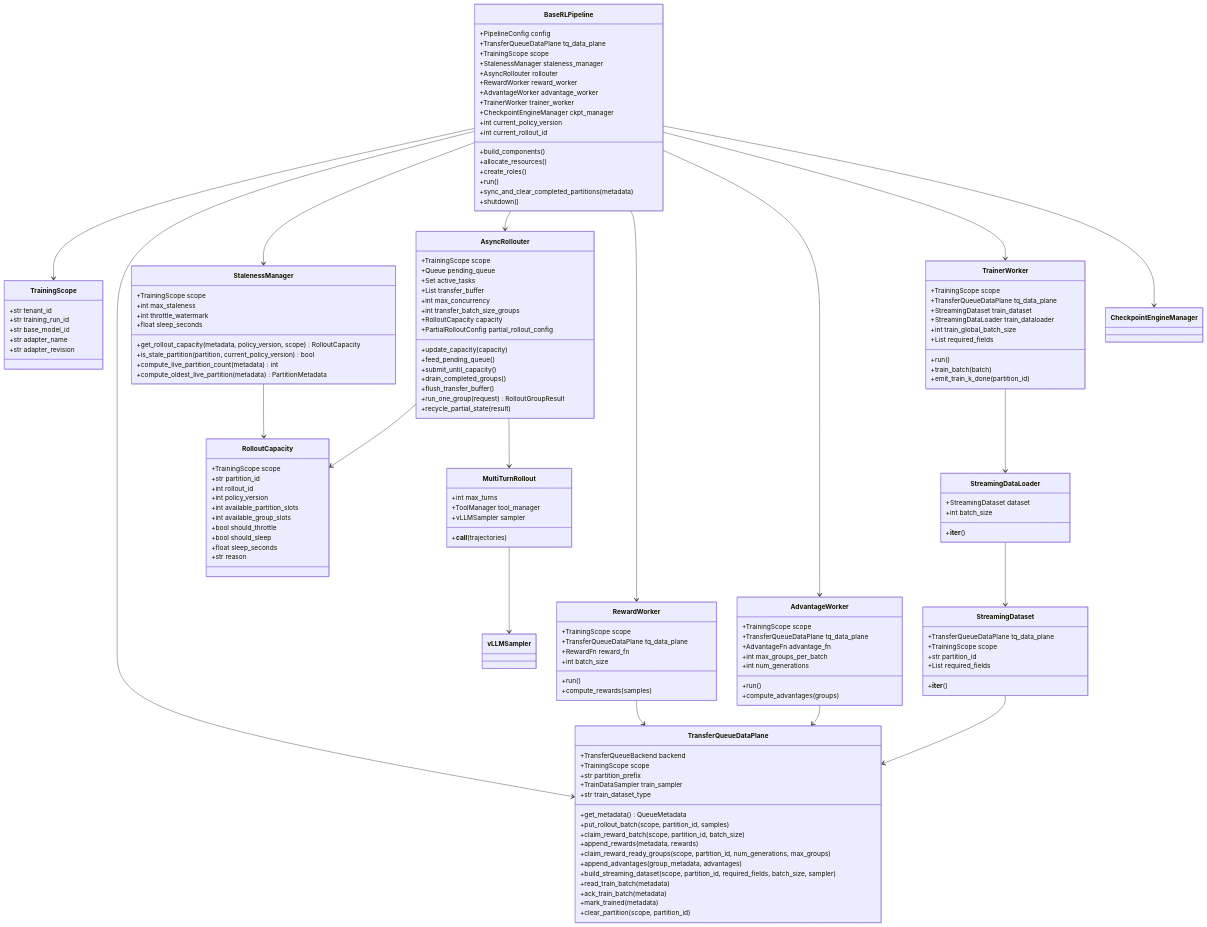
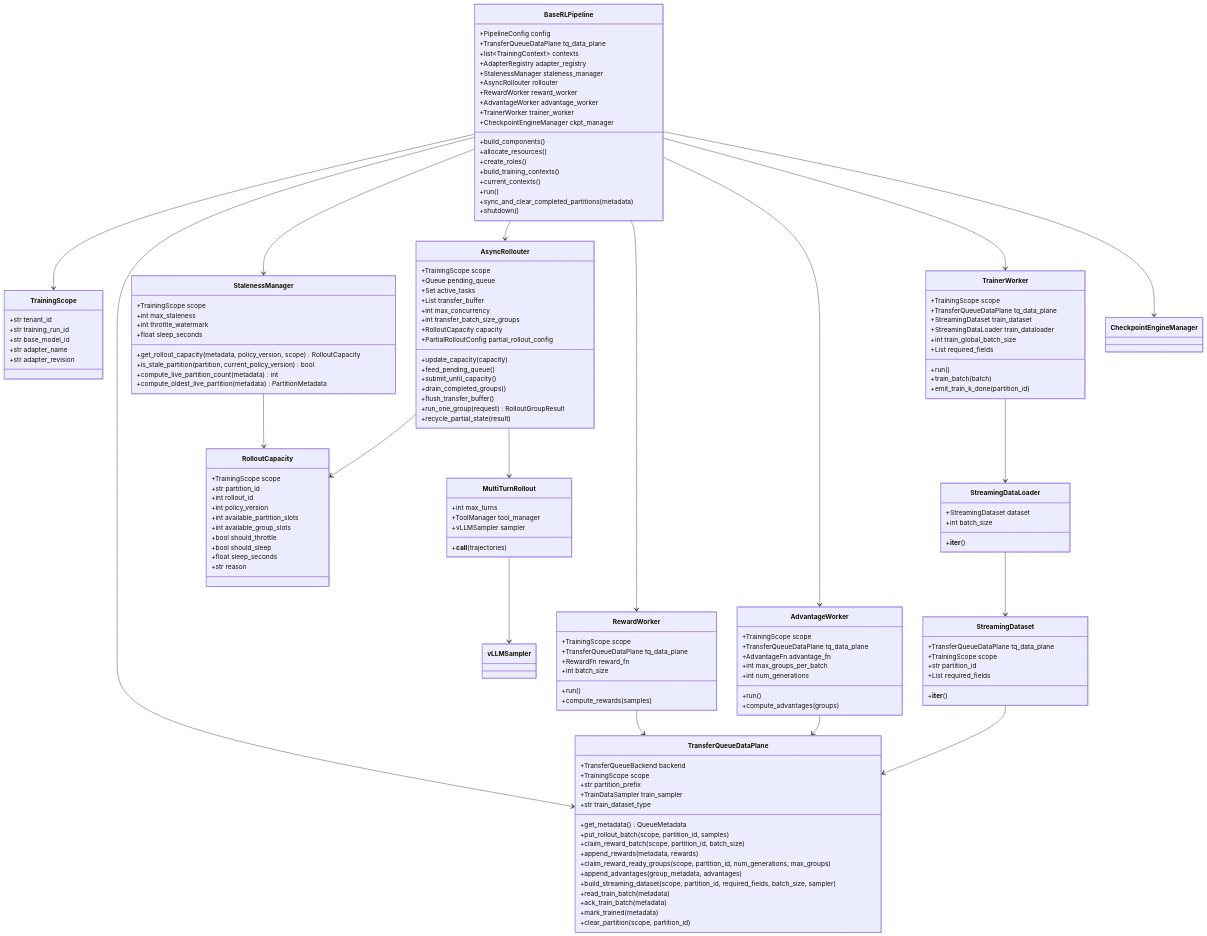
Before and after one commit to 0hujun/twinkle: the first of 2 diagrams in multilora-async-rl/详细设计.md, drawn with Mermaid. The commit also changed other lines of this file and 16 other files, not shown here.

```diff
--- a/multilora-async-rl/详细设计.md
+++ b/multilora-async-rl/详细设计.md
@@ -109,18 +118,19 @@
     class BaseRLPipeline {
         +PipelineConfig config
         +TransferQueueDataPlane tq_data_plane
-        +TrainingScope scope
+        +list~TrainingContext~ contexts
+        +AdapterRegistry adapter_registry
         +StalenessManager staleness_manager
         +AsyncRollouter rollouter
         +RewardWorker reward_worker
         +AdvantageWorker advantage_worker
         +TrainerWorker trainer_worker
         +CheckpointEngineManager ckpt_manager
-        +int current_policy_version
-        +int current_rollout_id
         +build_components()
         +allocate_resources()
         +create_roles()
+        +build_training_contexts()
+        +current_contexts()
         +run()
         +sync_and_clear_completed_partitions(metadata)
         +shutdown()
```
